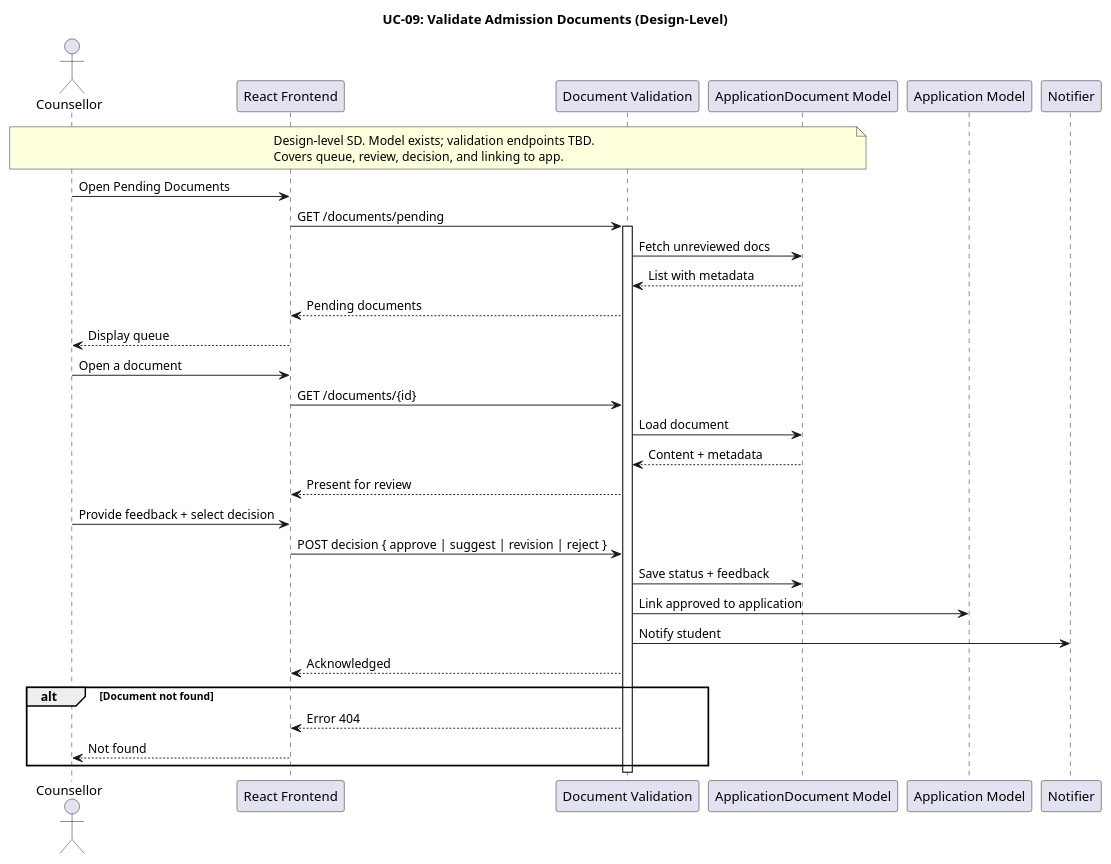
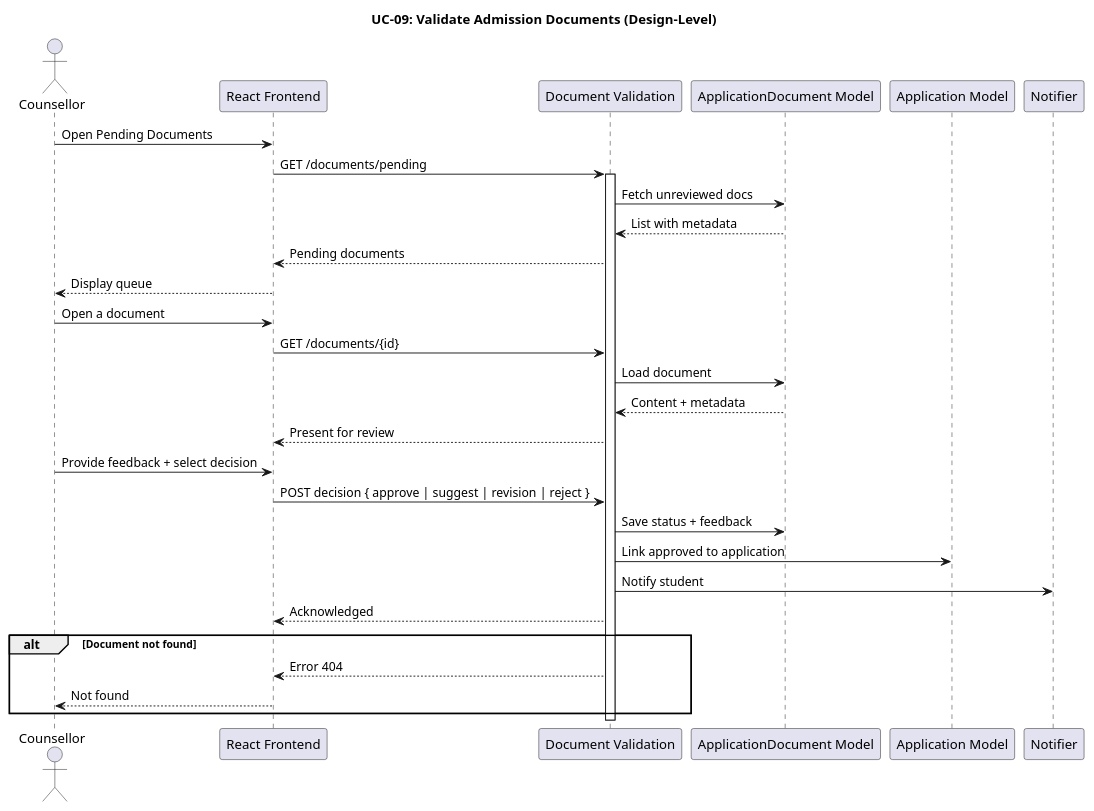
One commit to MMMustafakamran/SDs changed the diagram in planttext/uc09-validate-documents.puml. Above: the diagram before and after it, drawn with PlantUML. The commit also changed 15 other files, not shown here.

```diff
--- a/planttext/uc09-validate-documents.puml
+++ b/planttext/uc09-validate-documents.puml
@@ -1,49 +1,45 @@
 @startuml
 title UC-09: Validate Admission Documents (Design-Level)
 
 actor Counsellor
 participant Frontend as "React Frontend"
 participant ValidationAPI as "Document Validation"
 participant ApplicationDocument as "ApplicationDocument Model"
 participant Application as "Application Model"
 participant Notification as "Notifier"
 
-note over Counsellor, ApplicationDocument
-Design-level SD. Model exists; validation endpoints TBD.
-Covers queue, review, decision, and linking to app.
-end note
 
 '======================
 ' Open validation queue
 '======================
 Counsellor -> Frontend : Open Pending Documents
 Frontend -> ValidationAPI : GET /documents/pending
 activate ValidationAPI
 ValidationAPI -> ApplicationDocument : Fetch unreviewed docs
 ApplicationDocument --> ValidationAPI : List with metadata
 ValidationAPI --> Frontend : Pending documents
 Frontend --> Counsellor : Display queue
 
 '======================
 ' Review and decide
 '======================
 Counsellor -> Frontend : Open a document
 Frontend -> ValidationAPI : GET /documents/{id}
 ValidationAPI -> ApplicationDocument : Load document
 ApplicationDocument --> ValidationAPI : Content + metadata
 ValidationAPI --> Frontend : Present for review
 Counsellor -> Frontend : Provide feedback + select decision
 Frontend -> ValidationAPI : POST decision { approve | suggest | revision | reject }
 ValidationAPI -> ApplicationDocument : Save status + feedback
 ValidationAPI -> Application : Link approved to application
 ValidationAPI -> Notification : Notify student
 ValidationAPI --> Frontend : Acknowledged
 
 alt Document not found
     ValidationAPI --> Frontend : Error 404
     Frontend --> Counsellor : Not found
 end
 
 deactivate ValidationAPI
 
 @enduml
```
